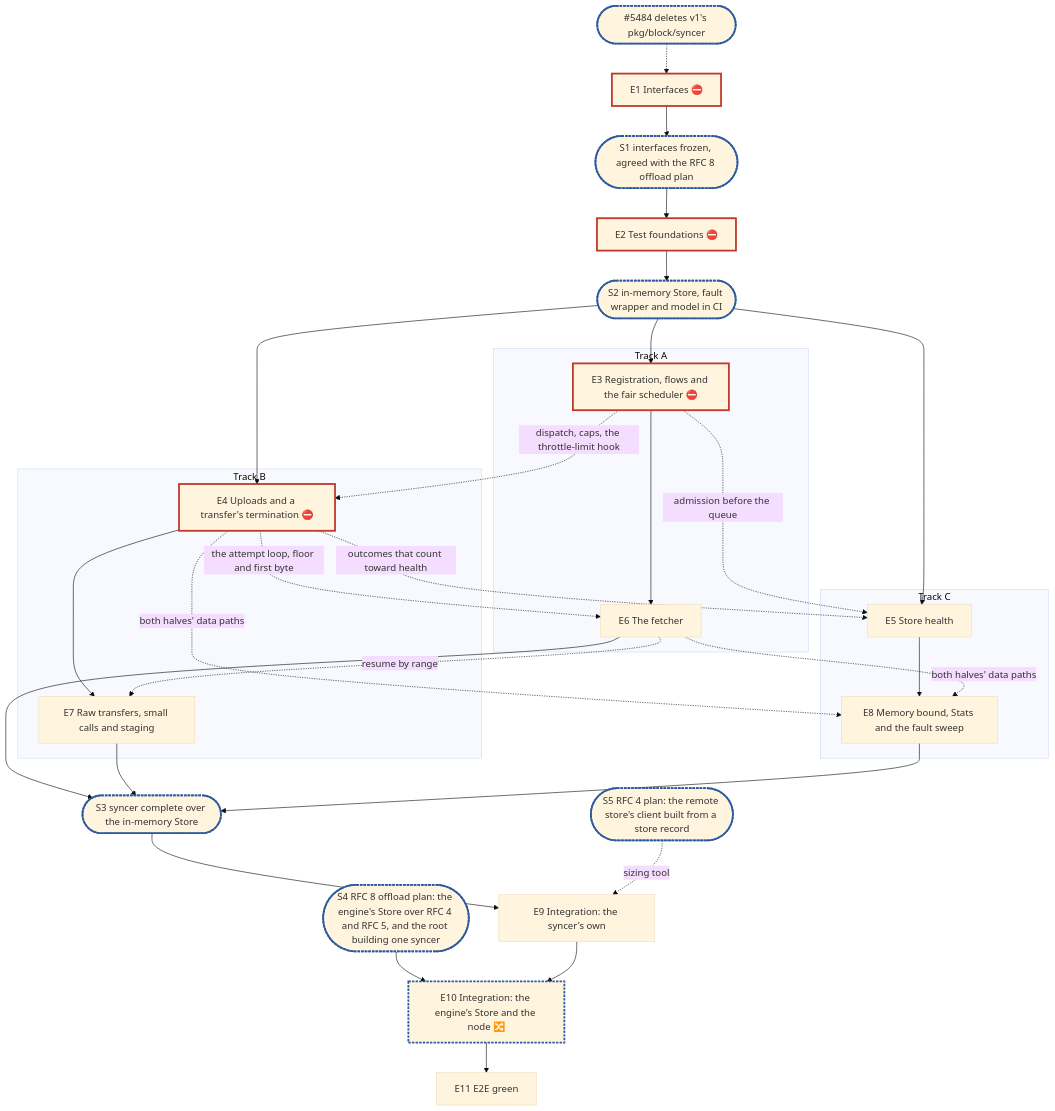
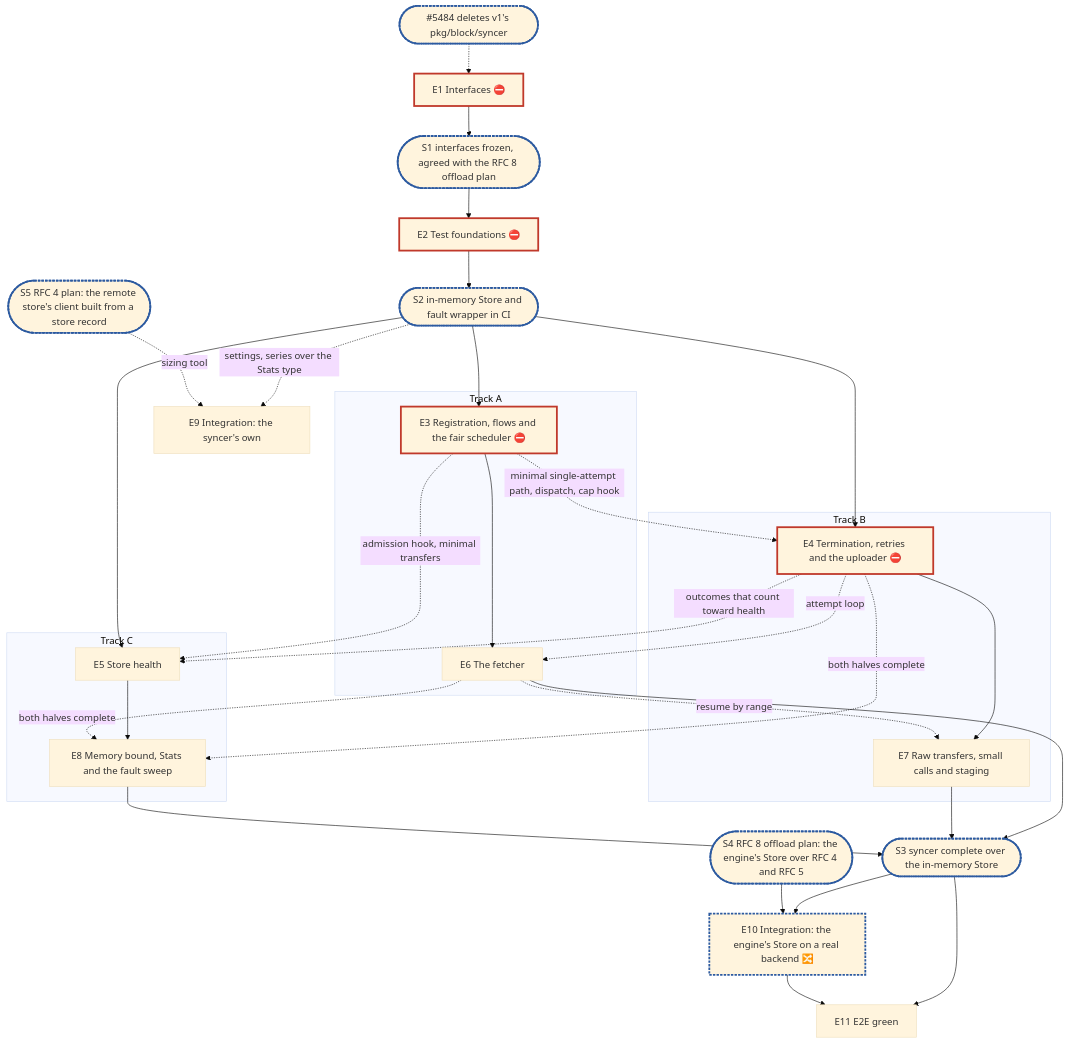
One commit to cubbit/dittofs changed the diagram in .planning/rfc-3-syncer-plan.md. Above: the diagram before and after it, drawn with Mermaid (base theme). The commit also changed other lines of this file, not shown here.

Commit message:
docs(planning): fold the architect and review passes into the RFC 3 plan

````diff
--- a/.planning/rfc-3-syncer-plan.md
+++ b/.planning/rfc-3-syncer-plan.md
@@ -287,29 +307,31 @@
 ```mermaid
 flowchart TD
   P(["#5484 deletes v1's pkg/block/syncer"]):::sync -.-> E1
   E1["E1 Interfaces ⛔"]:::blocker --> S1(["S1 interfaces frozen, agreed with the RFC 8 offload plan"]):::sync
-  S1 --> E2["E2 Test foundations ⛔"]:::blocker --> S2(["S2 in-memory Store, fault wrapper and model in CI"]):::sync
+  S1 --> E2["E2 Test foundations ⛔"]:::blocker --> S2(["S2 in-memory Store and fault wrapper in CI"]):::sync
   subgraph A["Track A"]
     E3["E3 Registration, flows and the fair scheduler ⛔"]:::blocker --> E6["E6 The fetcher"]
   end
   subgraph B["Track B"]
-    E4["E4 Uploads and a transfer's termination ⛔"]:::blocker --> E7["E7 Raw transfers, small calls and staging"]
+    E4["E4 Termination, retries and the uploader ⛔"]:::blocker --> E7["E7 Raw transfers, small calls and staging"]
   end
   subgraph C["Track C"]
     E5["E5 Store health"] --> E8["E8 Memory bound, Stats and the fault sweep"]
   end
   S2 --> E3 & E4 & E5
-  E3 -. "dispatch, caps, the throttle-limit hook" .-> E4
-  E3 -. "admission before the queue" .-> E5
+  E3 -. "minimal single-attempt path, dispatch, cap hook" .-> E4
+  E3 -. "admission hook, minimal transfers" .-> E5
   E4 -. "outcomes that count toward health" .-> E5
-  E4 -. "the attempt loop, floor and first byte" .-> E6
+  E4 -. "attempt loop" .-> E6
   E6 -. "resume by range" .-> E7
-  E4 & E6 -. "both halves' data paths" .-> E8
+  E4 & E6 -. "both halves complete" .-> E8
   E6 & E7 & E8 --> S3(["S3 syncer complete over the in-memory Store"]):::sync
-  S3 --> E9["E9 Integration: the syncer's own"]
+  S2 -. "settings, series over the Stats type" .-> E9["E9 Integration: the syncer's own"]
   S5(["S5 RFC 4 plan: the remote store's client built from a store record"]):::sync -. "sizing tool" .-> E9
-  S4(["S4 RFC 8 offload plan: the engine's Store over RFC 4 and RFC 5, and the root building one syncer"]):::sync --> E10["E10 Integration: the engine's Store and the node 🔀"]:::sync
-  E9 --> E10 --> E11["E11 E2E green"]
+  S3 --> E10["E10 Integration: the engine's Store on a real backend 🔀"]:::sync
+  S4(["S4 RFC 8 offload plan: the engine's Store over RFC 4 and RFC 5"]):::sync --> E10
+  S3 --> E11["E11 E2E green"]
+  E10 --> E11
   classDef blocker stroke:#c0392b,stroke-width:3px
   classDef sync stroke:#2c5aa0,stroke-width:3px,stroke-dasharray:4 2
 ```
````
